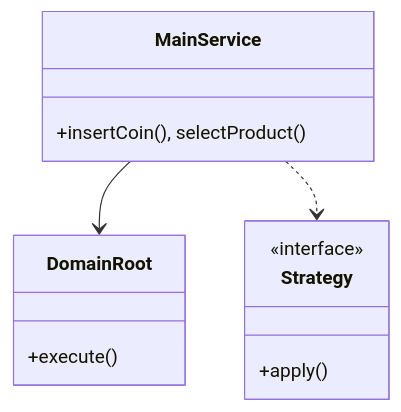
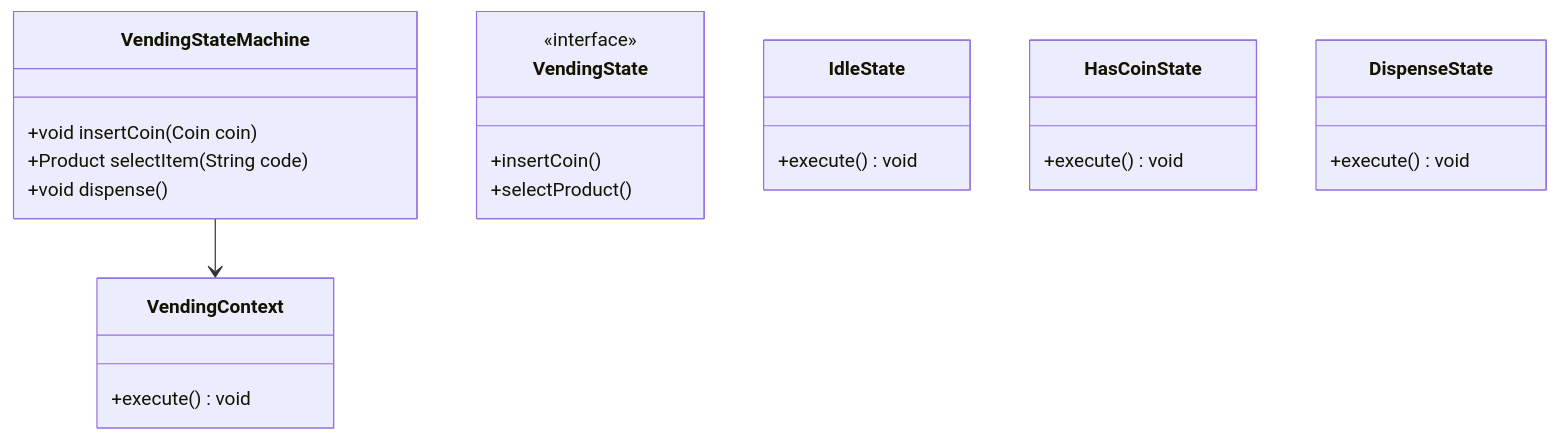
Before and after one commit to madhupaila/Interview-Prep-SSE: the first of 3 diagrams in Learn/System Design - Low Level Design/03-design-patterns/questions/Q15-state-vending-machine.md, drawn with Mermaid. The commit also changed other lines of this file and 491 other files, not shown here.

````diff
--- a/Learn/System Design - Low Level Design/03-design-patterns/questions/Q15-state-vending-machine.md
+++ b/Learn/System Design - Low Level Design/03-design-patterns/questions/Q15-state-vending-machine.md
@@ -74,15 +92,26 @@
 ```mermaid
 classDiagram
-    class MainService {
-        +insertCoin(), selectProduct()
+    class VendingStateMachine {
+        +void insertCoin(Coin coin)
+        +Product selectItem(String code)
+        +void dispense()
     }
-    class DomainRoot {
-        +execute()
+    class VendingContext {
+        +execute() void
     }
-    class Strategy {
+    class VendingState {
         <<interface>>
-        +apply()
+        +insertCoin()
+        +selectProduct()
     }
-    MainService --> DomainRoot
-    MainService ..> Strategy
+    class IdleState {
+        +execute() void
+    }
+    class HasCoinState {
+        +execute() void
+    }
+    class DispenseState {
+        +execute() void
+    }
+    VendingStateMachine --> VendingContext
 ```
````
